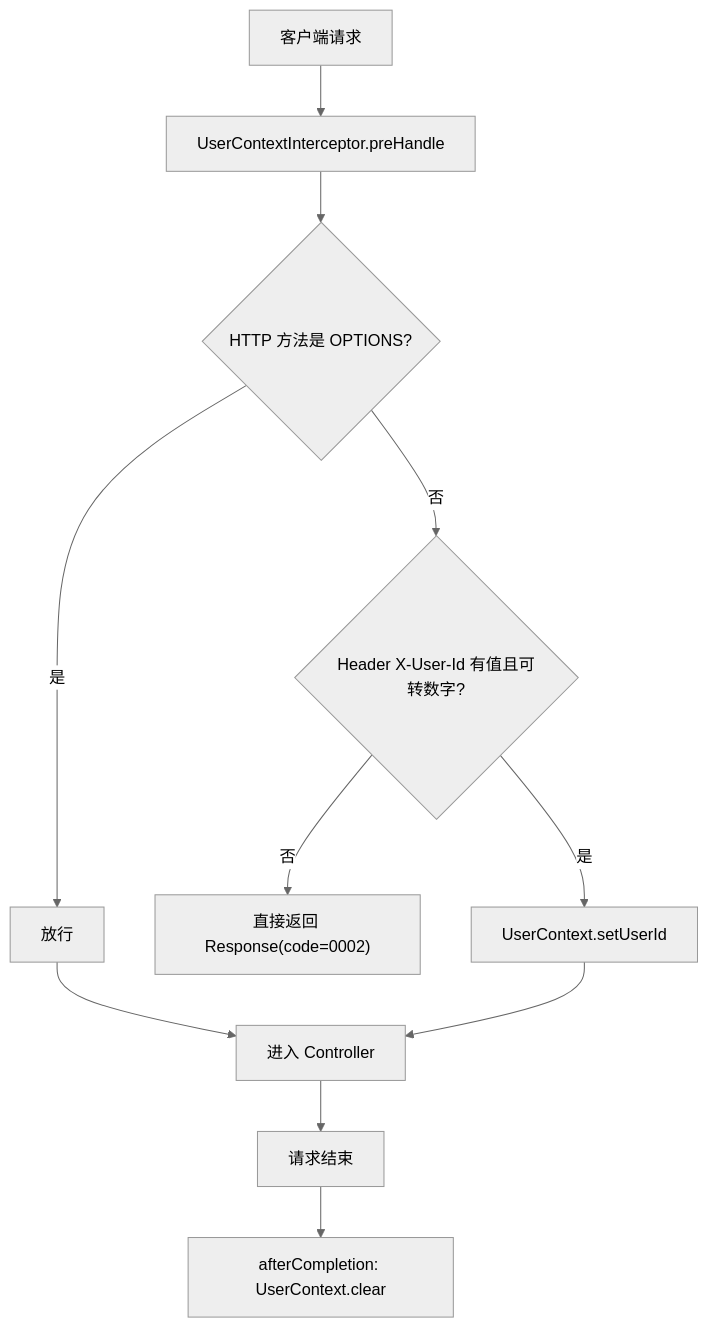
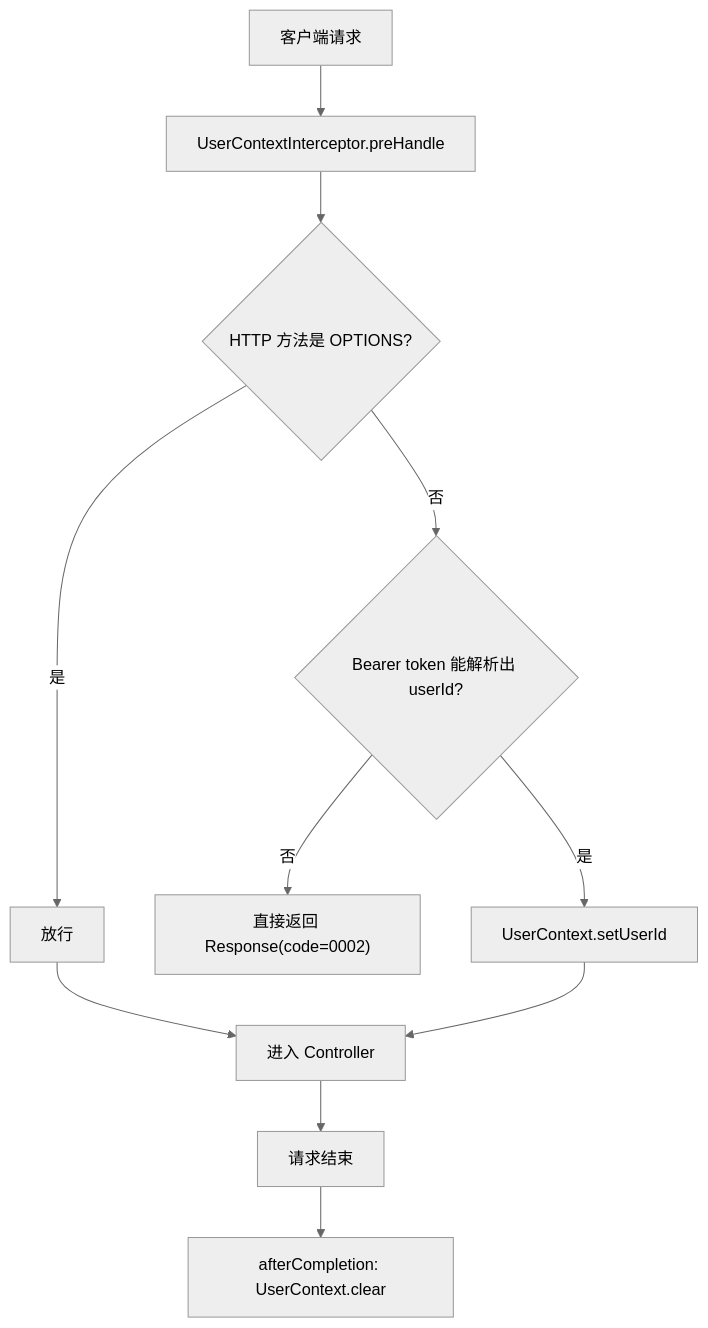
The first of 59 diagrams in project/nexus/docs/9-subdomains-tech-implementation.md (Yager-42/--), drawn with Mermaid (neutral theme) before and after one commit. The commit also changed other lines of this file and 21 other files, not shown here.

````diff
--- a/project/nexus/docs/9-subdomains-tech-implementation.md
+++ b/project/nexus/docs/9-subdomains-tech-implementation.md
@@ -27,12 +27,12 @@
 ```mermaid
 flowchart TD
   A["客户端请求"] --> B["UserContextInterceptor.preHandle"]
   B --> C{HTTP 方法是 OPTIONS?}
   C -- 是 --> D["放行"] --> E["进入 Controller"]
-  C -- 否 --> F{Header X-User-Id 有值且可转数字?}
+  C -- 否 --> F{Bearer token 能解析出 userId?}
   F -- 否 --> G["直接返回 Response(code=0002)"]
   F -- 是 --> H["UserContext.setUserId"]
   H --> E
   E --> I["请求结束"]
   I --> J["afterCompletion: UserContext.clear"]
 ```
````
